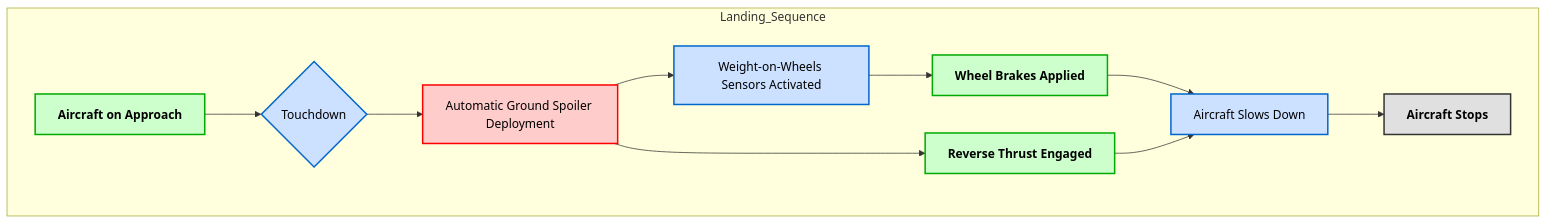
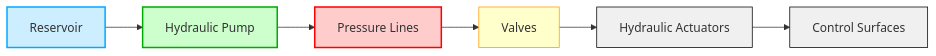
The eighth of 13 diagrams in FTC_27-00-00-00-000 – ATA_27-Flight-Controls.md (Robbbo-T/Ampel360XWLRGA), drawn with Mermaid before and after one commit. The commit also changed other lines of this file, not shown here.

````diff
--- a/FTC_27-00-00-00-000 – ATA_27-Flight-Controls.md
+++ b/FTC_27-00-00-00-000 – ATA_27-Flight-Controls.md
@@ -3109,25 +355,14 @@
 ```mermaid
-graph TD
-
-    %% Subgraph highlighting the sequential landing process
-    subgraph Landing_Sequence
-        A[Aircraft on Approach] --> B{Touchdown}
-        B --> C[Automatic Ground Spoiler Deployment]
-        C --> D[Weight-on-Wheels Sensors Activated]
-        D --> E[Wheel Brakes Applied]
-        C --> F[Reverse Thrust Engaged]
-        E --> G[Aircraft Slows Down]
-        F --> G
-        G --> H[Aircraft Stops]
-    end
-
-    %% Node styles for visual clarity and emphasis
-    style A fill:#ccffcc,stroke:#00aa00,stroke-width:2px, font-weight:bold,color:#000
-    style B fill:#cce0ff,stroke:#0066cc,stroke-width:2px,color:#000
-    style C fill:#ffcccc,stroke:#ff0000,stroke-width:2px,color:#000
-    style D fill:#cce0ff,stroke:#0066cc,stroke-width:2px,color:#000
-    style E fill:#ccffcc,stroke:#00aa00,stroke-width:2px, font-weight:bold,color:#000
-    style F fill:#ccffcc,stroke:#00aa00,stroke-width:2px, font-weight:bold,color:#000
-    style G fill:#cce0ff,stroke:#0066cc,stroke-width:2px,color:#000
-    style H fill:#e0e0e0,stroke:#333,stroke-width:2px, font-weight:bold,color:#000
+graph LR
+    A[Reservoir] --> B[Hydraulic Pump]
+    B --> C[Pressure Lines]
+    C --> D[Valves]
+    D --> E[Hydraulic Actuators]
+    E --> F[Control Surfaces]
+    style A fill:#cceeff,stroke:#00aaff,stroke-width:2px
+    style B fill:#ccffcc,stroke:#00aa00,stroke-width:2px
+    style C fill:#ffcccc,stroke:#ff0000,stroke-width:2px
+    style D fill:#ffffcc,stroke:#ff9900,stroke-width:1px
+    style E fill:#f0f0f0,stroke:#000000,stroke-width:1px
+    style F fill:#f0f0f0,stroke:#000000,stroke-width:1px
 ```
````
